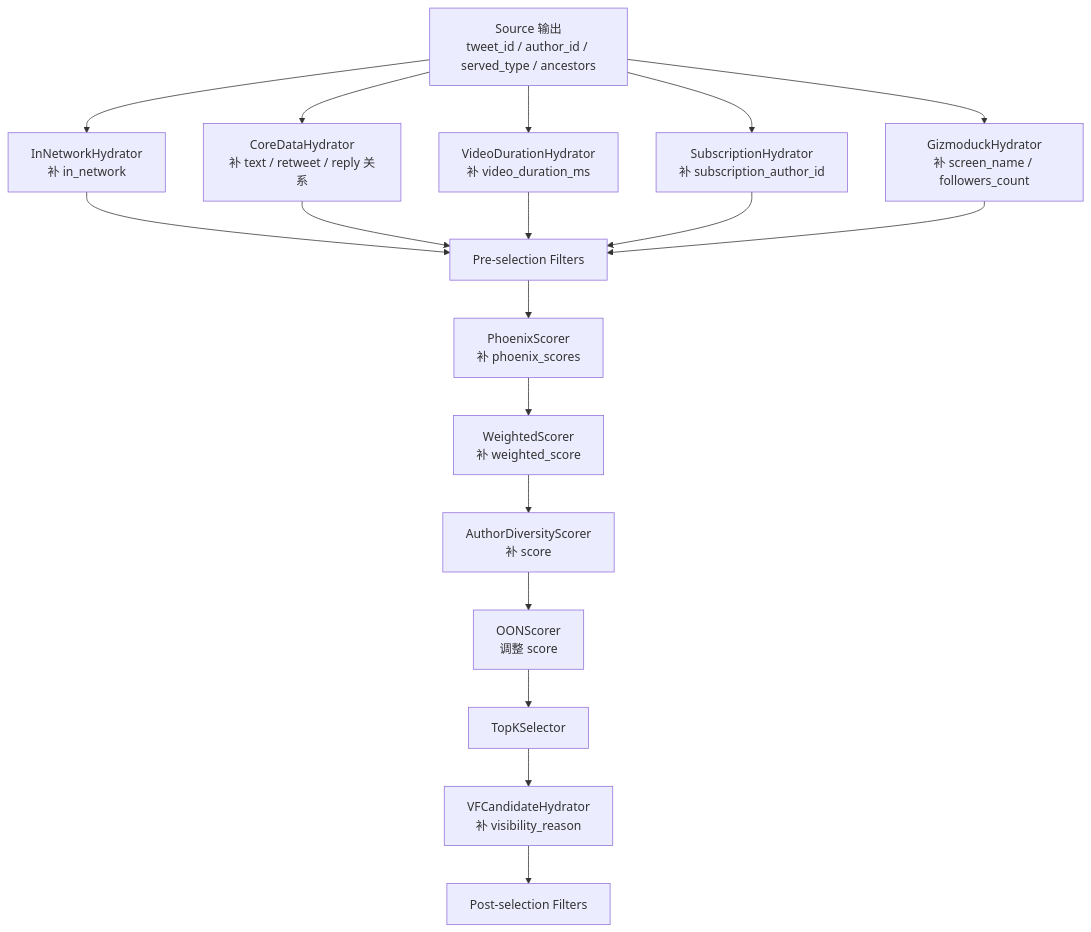
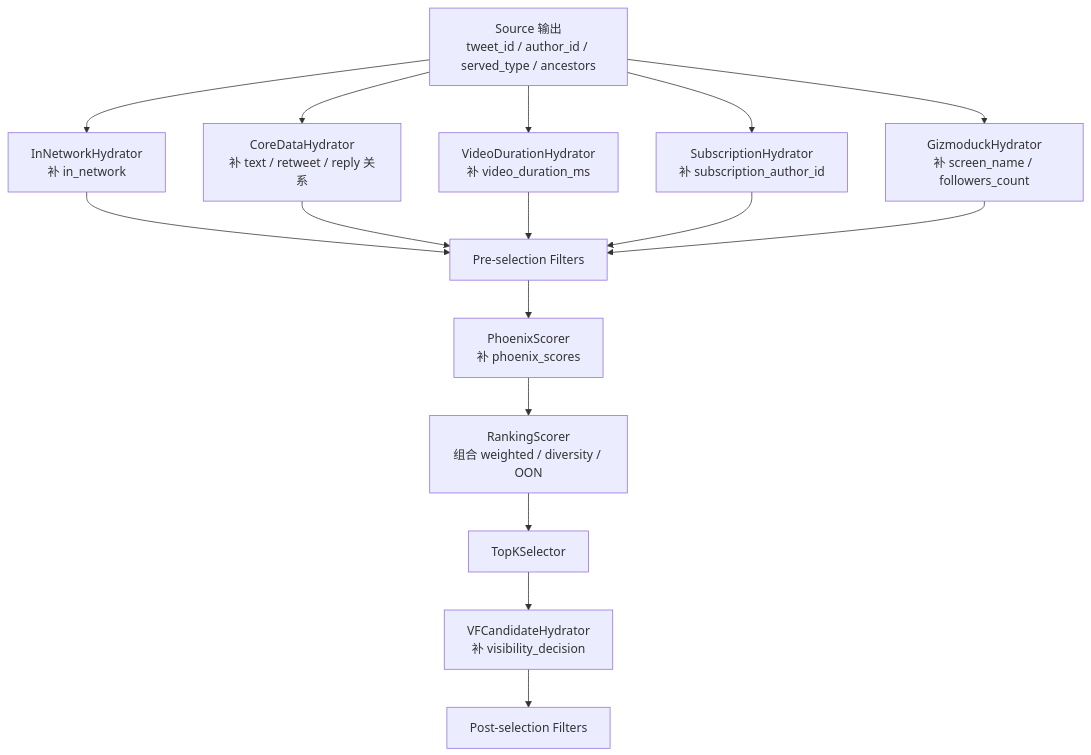
Before and after one commit to freefcw/x-algorithm: the second of 3 diagrams in docs/home-mixer/03-data-model-and-pipeline.md, drawn with Mermaid. The commit also changed other lines of this file and 24 other files, not shown here.

````diff
--- a/docs/home-mixer/03-data-model-and-pipeline.md
+++ b/docs/home-mixer/03-data-model-and-pipeline.md
@@ -60,22 +62,20 @@
 ```mermaid
 flowchart TD
     S["Source 输出<br/>tweet_id / author_id / served_type / ancestors"] --> H1["InNetworkHydrator<br/>补 in_network"]
     S --> H2["CoreDataHydrator<br/>补 text / retweet / reply 关系"]
     S --> H3["VideoDurationHydrator<br/>补 video_duration_ms"]
     S --> H4["SubscriptionHydrator<br/>补 subscription_author_id"]
     S --> H5["GizmoduckHydrator<br/>补 screen_name / followers_count"]
 
     H1 --> F["Pre-selection Filters"]
     H2 --> F
     H3 --> F
     H4 --> F
     H5 --> F
 
     F --> P["PhoenixScorer<br/>补 phoenix_scores"]
-    P --> W["WeightedScorer<br/>补 weighted_score"]
-    W --> D["AuthorDiversityScorer<br/>补 score"]
-    D --> O["OONScorer<br/>调整 score"]
-    O --> SEL["TopKSelector"]
-    SEL --> VFH["VFCandidateHydrator<br/>补 visibility_reason"]
+    P --> R["RankingScorer<br/>组合 weighted / diversity / OON"]
+    R --> SEL["TopKSelector"]
+    SEL --> VFH["VFCandidateHydrator<br/>补 visibility_decision"]
     VFH --> PSEL["Post-selection Filters"]
 ```
````
